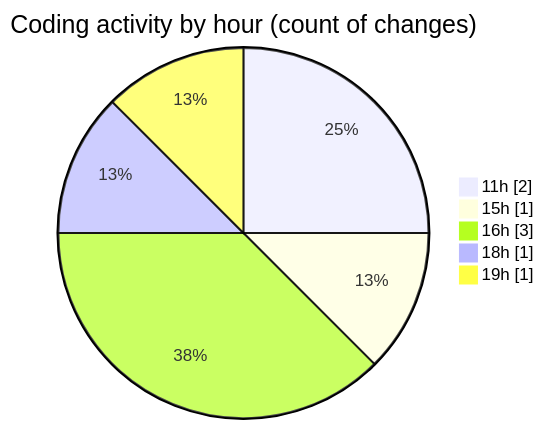
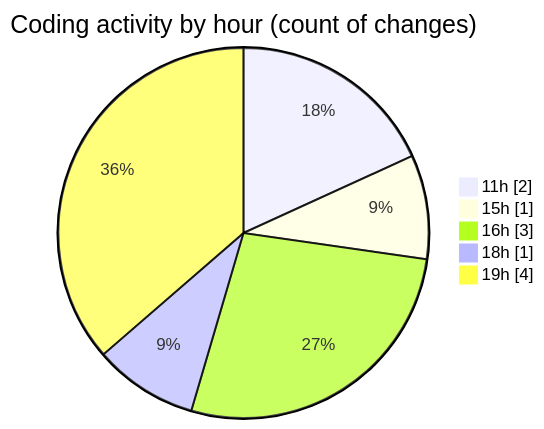
Before and after one commit to nxtqubesakshisongat/code-tracking: the second of 2 diagrams in 2026-08-09/nxtqube_webapp/README.md, drawn with Mermaid. The commit also changed other lines of this file and 1 other file, not shown here.

````diff
--- a/2026-08-09/nxtqube_webapp/README.md
+++ b/2026-08-09/nxtqube_webapp/README.md
@@ -31,9 +31,9 @@
 ```mermaid
 pie showData
 title Coding activity by hour (count of changes)
 "11h" : 2
 "15h" : 1
 "16h" : 3
 "18h" : 1
-"19h" : 1
+"19h" : 4
 ```
````
